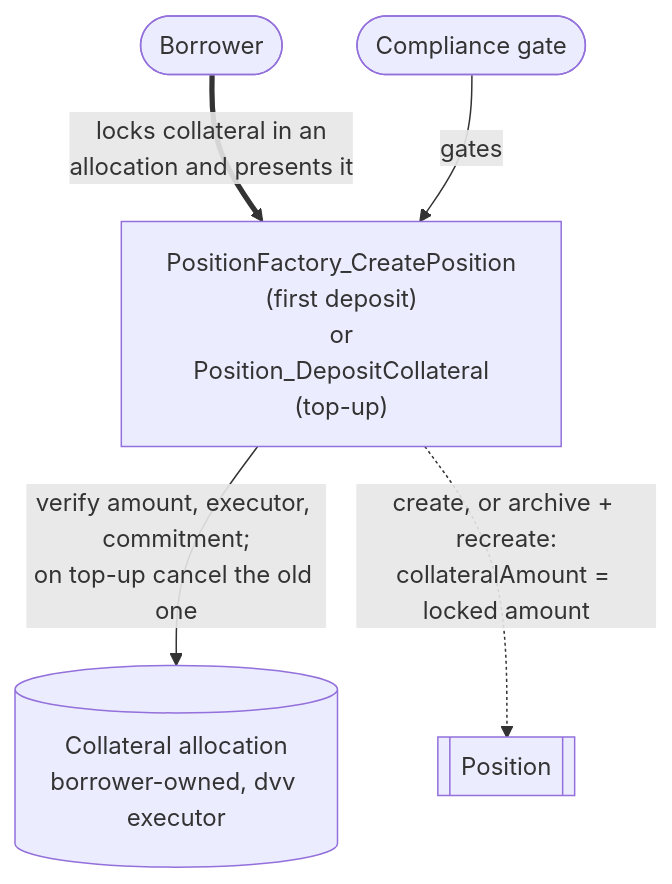
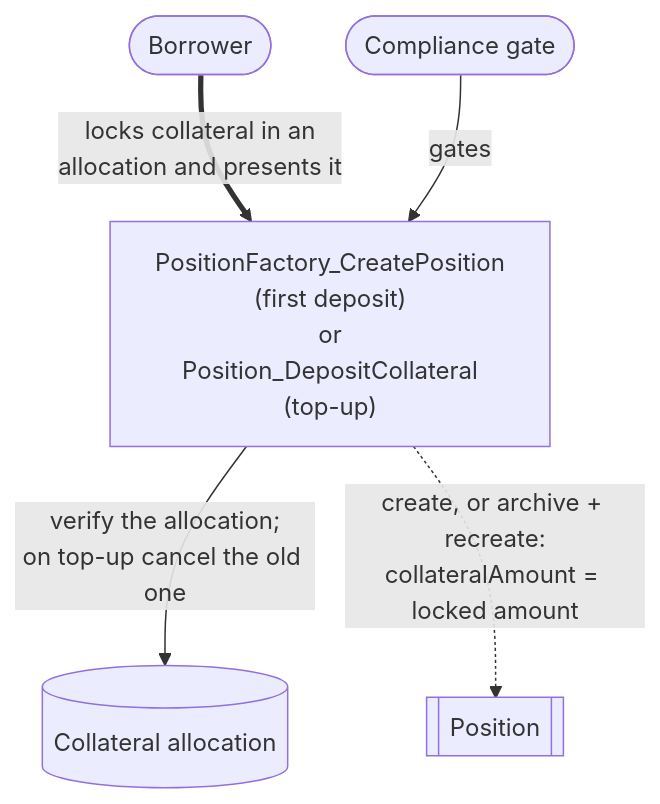
Before and after one commit to OpenZeppelin/canton-specs: the third of 9 diagrams in docs/reference-architectures/lending.md, drawn with Mermaid. The commit also changed other lines of this file, not shown here.

````diff
--- a/docs/reference-architectures/lending.md
+++ b/docs/reference-architectures/lending.md
@@ -350,13 +342,13 @@
 ```mermaid
 flowchart TD
     Borrower([Borrower])
     Compliance(["Compliance gate"])
     Choice["PositionFactory_CreatePosition<br/>(first deposit)<br/>or<br/>Position_DepositCollateral<br/>(top-up)"]
     Position[["Position"]]
-    Collateral[("Collateral allocation<br/>borrower-owned, dvv executor")]
+    Collateral[("Collateral allocation")]
 
     Borrower ==>|"locks collateral in an<br/>allocation and presents it"| Choice
     Compliance -->|"gates"| Choice
-    Choice -->|"verify amount, executor, commitment;<br/>on top-up cancel the old one"| Collateral
+    Choice -->|"verify the allocation;<br/>on top-up cancel the old one"| Collateral
     Choice -.->|"create, or archive + recreate:<br/>collateralAmount = locked amount"| Position
 ```
````
